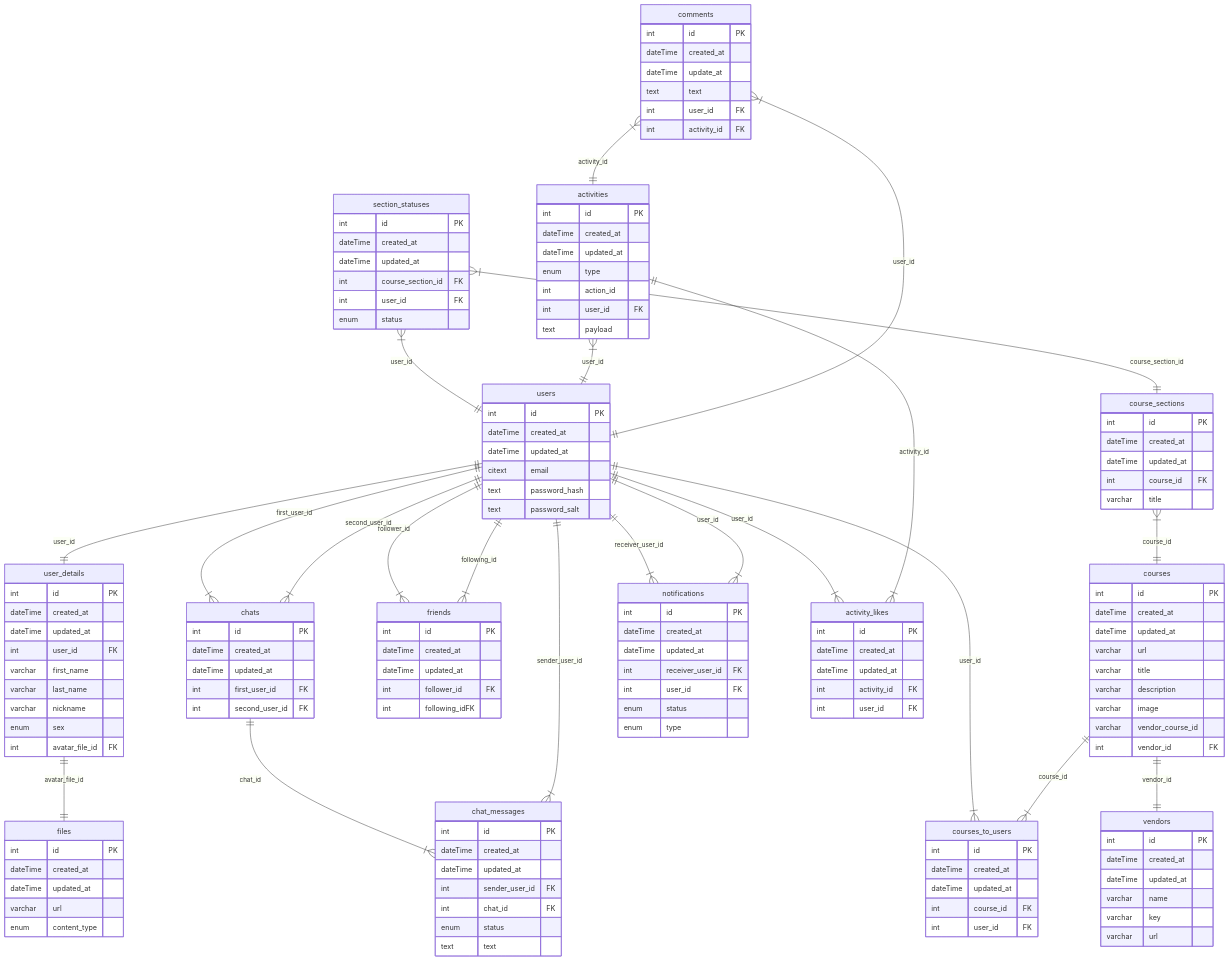
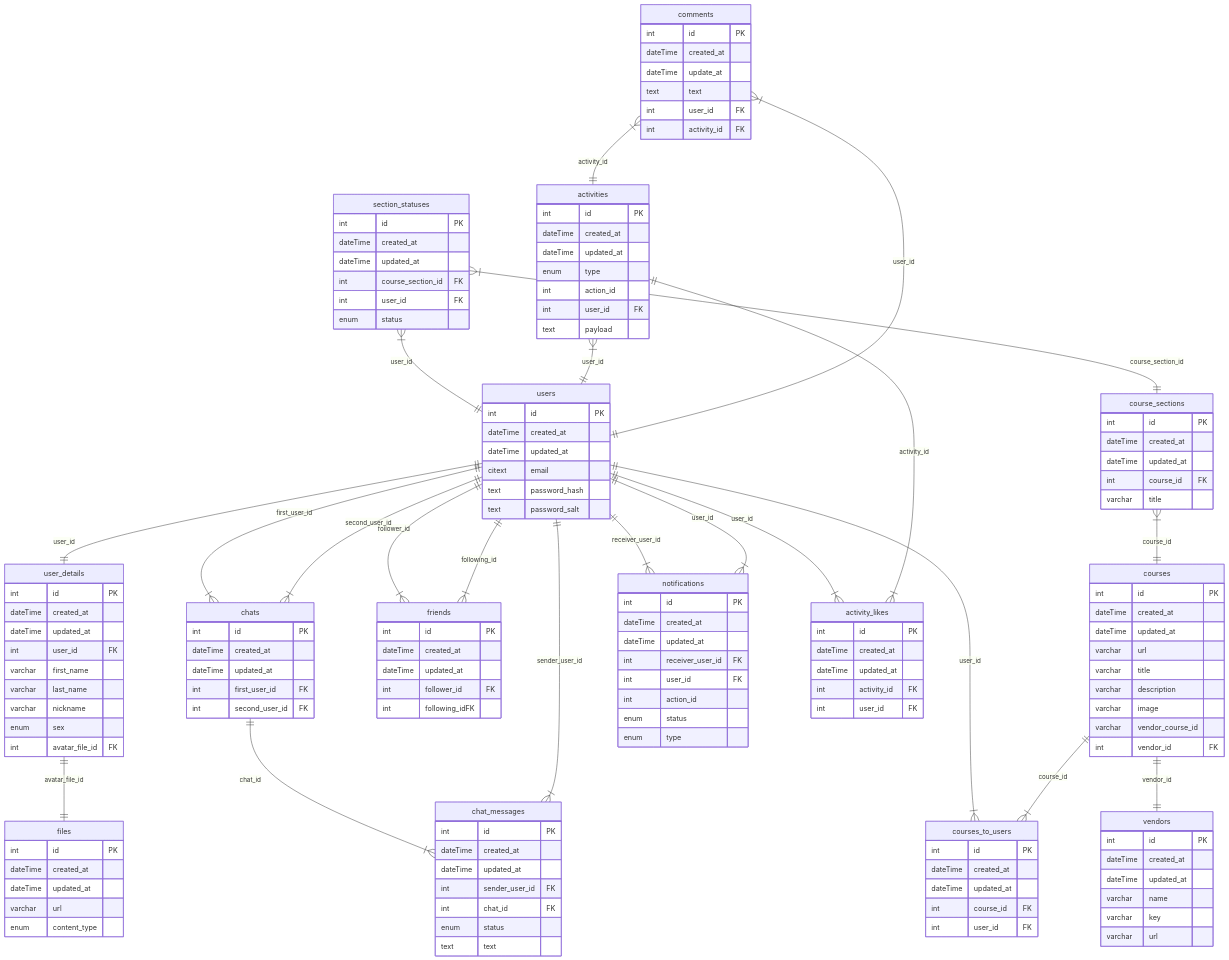
One commit to BinaryStudioAcademy/bsa-winter-2023-2024-trackmates changed the diagram in readme.md. Above: the diagram before and after it, drawn with Mermaid. The commit also changed 14 other files, not shown here.

```diff
--- a/readme.md
+++ b/readme.md
@@ -133,6 +133,7 @@
     dateTime updated_at
     int receiver_user_id FK
     int user_id FK
+    int action_id
     enum status
     enum type
    }
```
